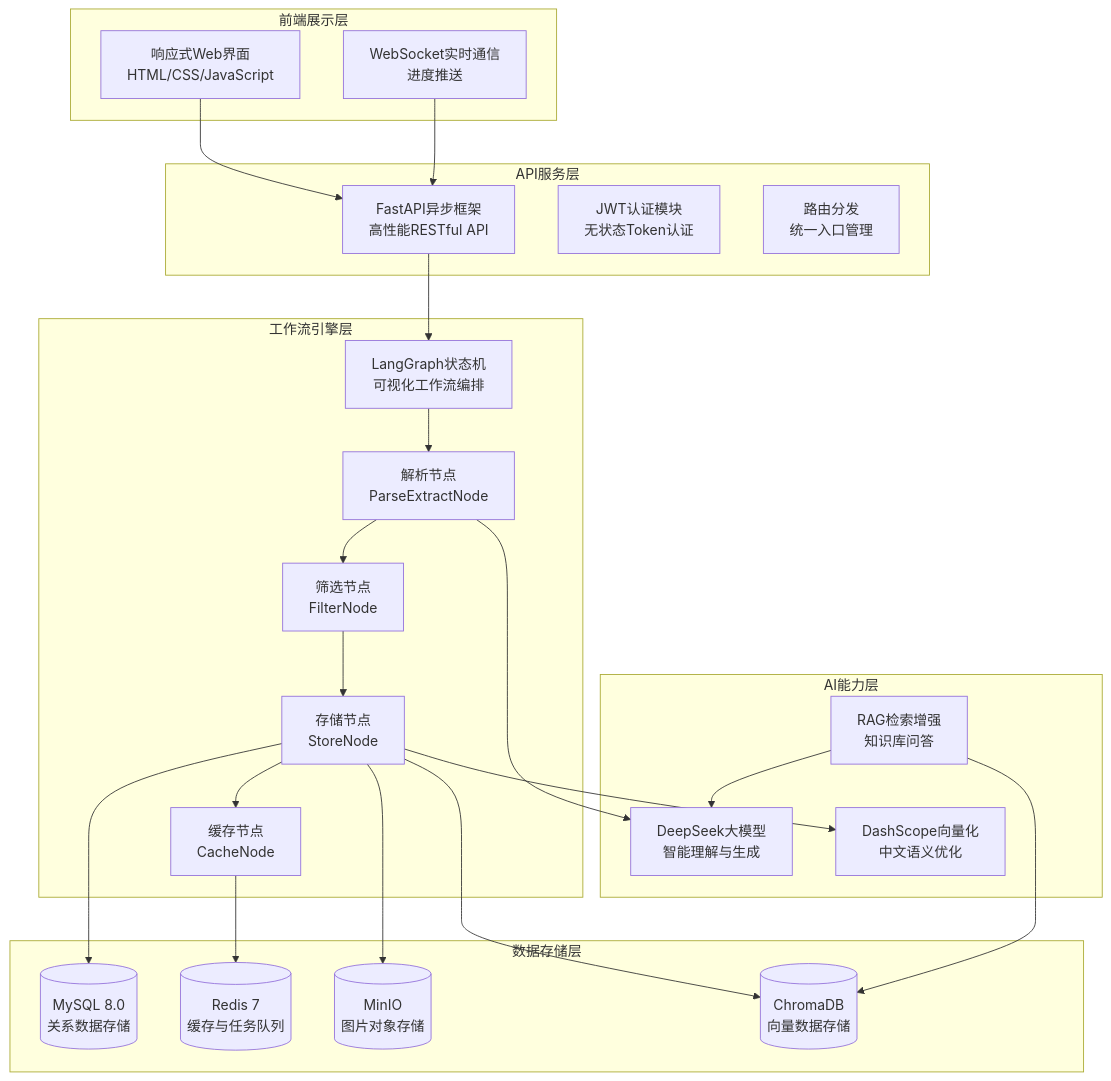
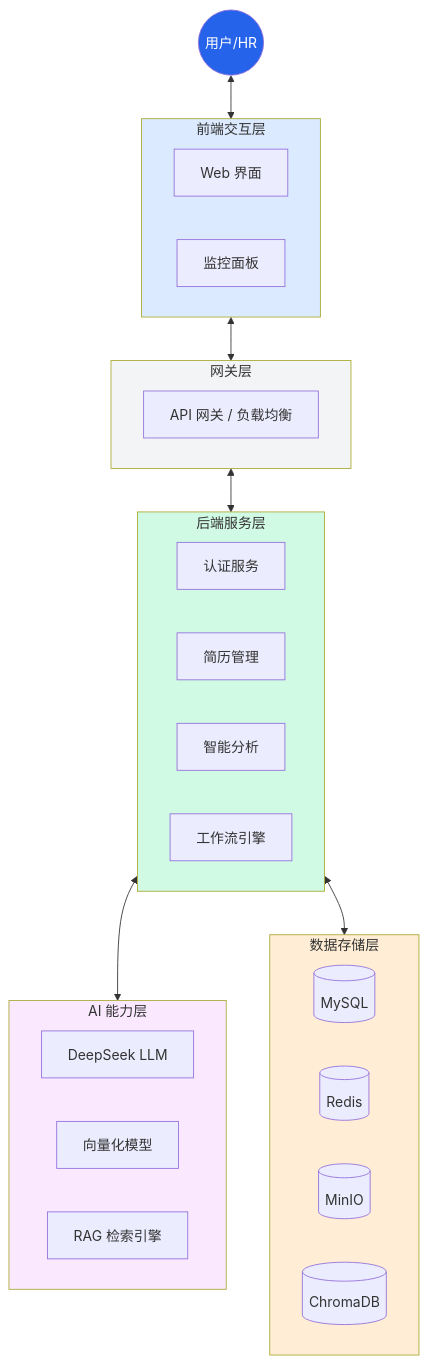
Before and after one commit to xt765/ResumeScreening: the third of 11 diagrams in README.md, drawn with Mermaid. The commit also changed other lines of this file and 5 other files, not shown here.

Commit message:
refactor: remove similarity score and update documentation diagrams

````diff
--- a/README.md
+++ b/README.md
@@ -79,47 +87,46 @@
 ```mermaid
-graph TB
-    subgraph 前端层["前端展示层"]
-        UI[响应式Web界面<br/>HTML/CSS/JavaScript]
-        WS[WebSocket实时通信<br/>进度推送]
+graph TD
+    User((用户/HR))
+    
+    subgraph Frontend [前端交互层]
+        UI[Web 界面]
+        Monitor[监控面板]
     end
-    
-    subgraph API层["API服务层"]
-        FastAPI[FastAPI异步框架<br/>高性能RESTful API]
-        Auth[JWT认证模块<br/>无状态Token认证]
-        Route[路由分发<br/>统一入口管理]
+
+    subgraph Gateway [网关层]
+        API_GW[API 网关 / 负载均衡]
     end
-    
-    subgraph 工作流层["工作流引擎层"]
-        LG[LangGraph状态机<br/>可视化工作流编排]
-        Node1[解析节点<br/>ParseExtractNode]
-        Node2[筛选节点<br/>FilterNode]
-        Node3[存储节点<br/>StoreNode]
-        Node4[缓存节点<br/>CacheNode]
+
+    subgraph Service [后端服务层]
+        Auth[认证服务]
+        Resume[简历管理]
+        Analysis[智能分析]
+        Workflow[工作流引擎]
     end
-    
-    subgraph AI层["AI能力层"]
-        LLM[DeepSeek大模型<br/>智能理解与生成]
-        EMB[DashScope向量化<br/>中文语义优化]
-        RAG[RAG检索增强<br/>知识库问答]
+
+    subgraph AI_Core [AI 能力层]
+        LLM[DeepSeek LLM]
+        Embedding[向量化模型]
+        RAG[RAG 检索引擎]
     end
-    
-    subgraph 存储层["数据存储层"]
-        MySQL[(MySQL 8.0<br/>关系数据存储)]
-        Redis[(Redis 7<br/>缓存与任务队列)]
-        MinIO[(MinIO<br/>图片对象存储)]
-        Chroma[(ChromaDB<br/>向量数据存储)]
+
+    subgraph Data [数据存储层]
+        MySQL[(MySQL)]
+        Redis[(Redis)]
+        MinIO[(MinIO)]
+        Chroma[(ChromaDB)]
     end
-    
-    UI --> FastAPI
-    WS --> FastAPI
-    FastAPI --> LG
-    LG --> Node1 --> Node2 --> Node3 --> Node4
-    Node1 --> LLM
-    Node3 --> EMB
-    Node3 --> MySQL
-    Node3 --> MinIO
-    Node3 --> Chroma
-    Node4 --> Redis
-    RAG --> LLM
-    RAG --> Chroma
+
+    User <--> Frontend
+    Frontend <--> Gateway
+    Gateway <--> Service
+    Service <--> AI_Core
+    Service <--> Data
+
+    style User fill:#2563eb,color:#fff
+    style Frontend fill:#dbeafe
+    style Gateway fill:#f3f4f6
+    style Service fill:#d1fae5
+    style AI_Core fill:#fae8ff
+    style Data fill:#ffedd5
 ```
````
